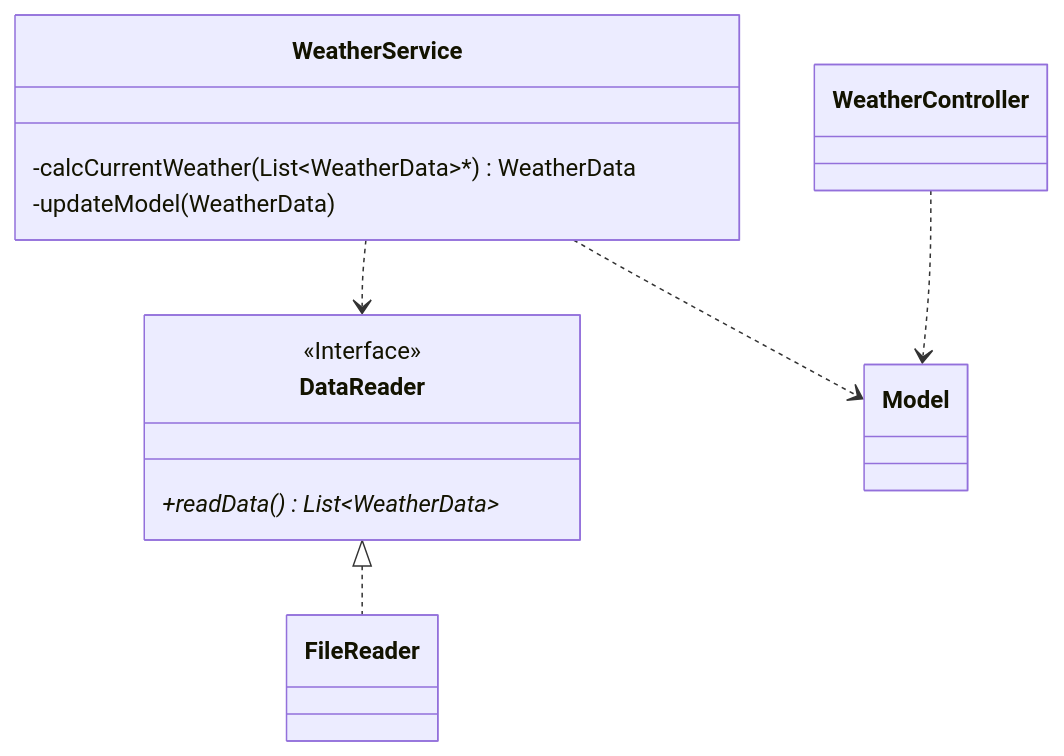
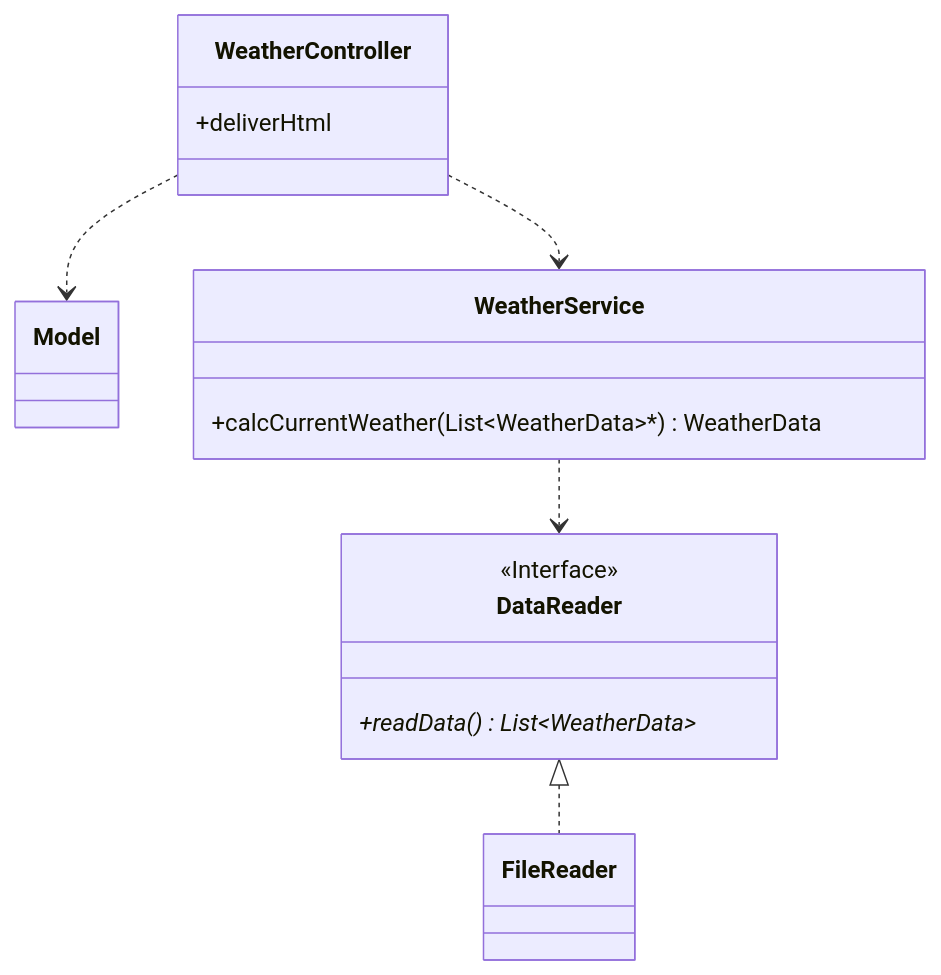
The diagram in README.md (weissale1/WeatherStation), drawn with Mermaid before and after one commit.

Commit message:
update mermaid

````diff
--- a/README.md
+++ b/README.md
@@ -10,24 +10,23 @@
 ```mermaid
 classDiagram
+    WeatherController ..> Model
+    WeatherController ..> WeatherService
     WeatherService ..> DataReader
-    WeatherService ..> Model
     DataReader <|.. FileReader
 
-    WeatherController ..> Model
+    class WeatherController{
+        +deliverHtml
+    }
 
     class WeatherService{
-      -calcCurrentWeather(List~WeatherData~*) WeatherData
-      -updateModel(WeatherData)
-    }
-
-    class WeatherController{
+        +calcCurrentWeather(List~WeatherData~*) WeatherData
     }
 
     class DataReader{
         <<Interface>>
         +readData() List~WeatherData~*
     }
 
     class FileReader{
     }
 ```
````
